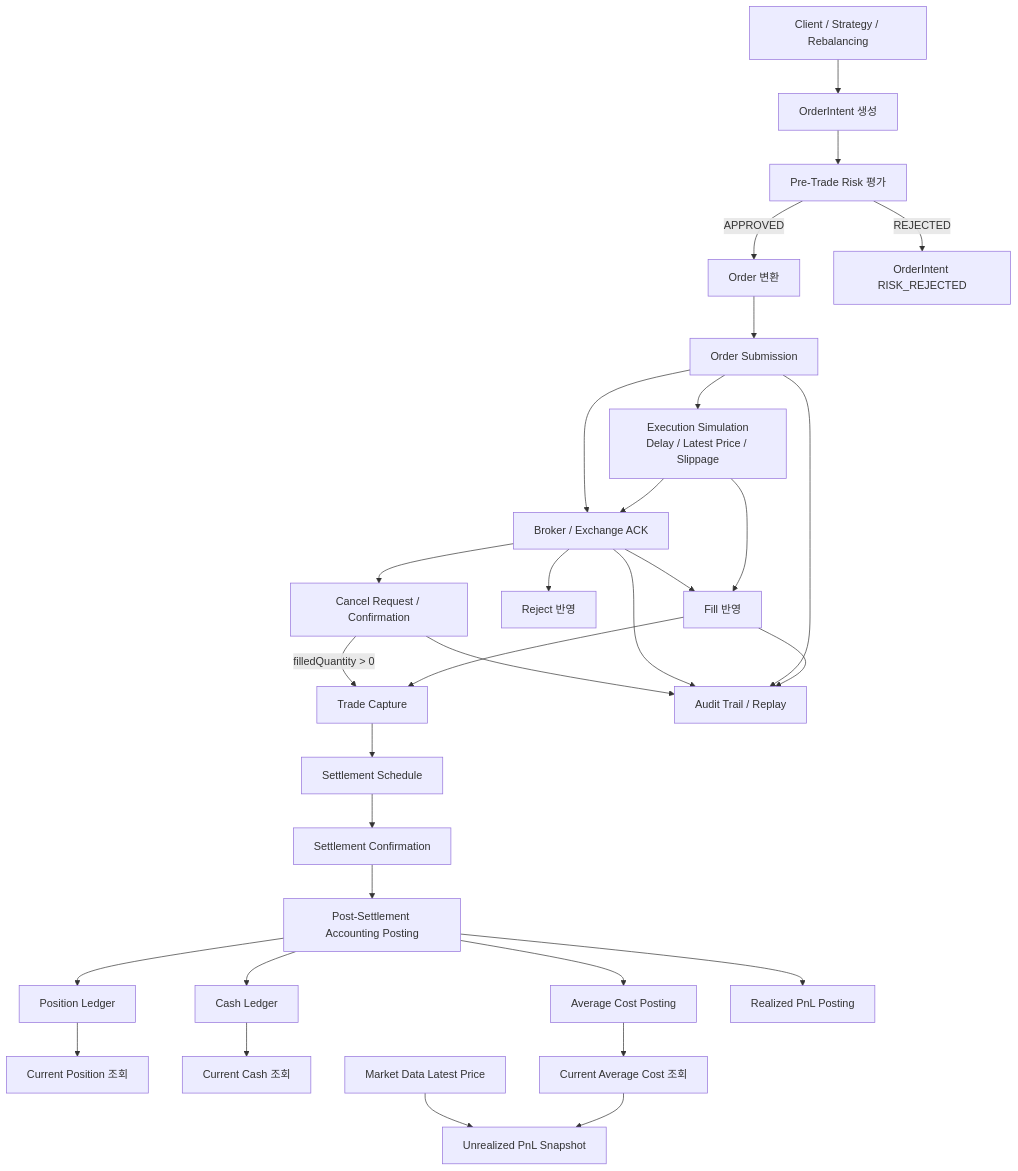
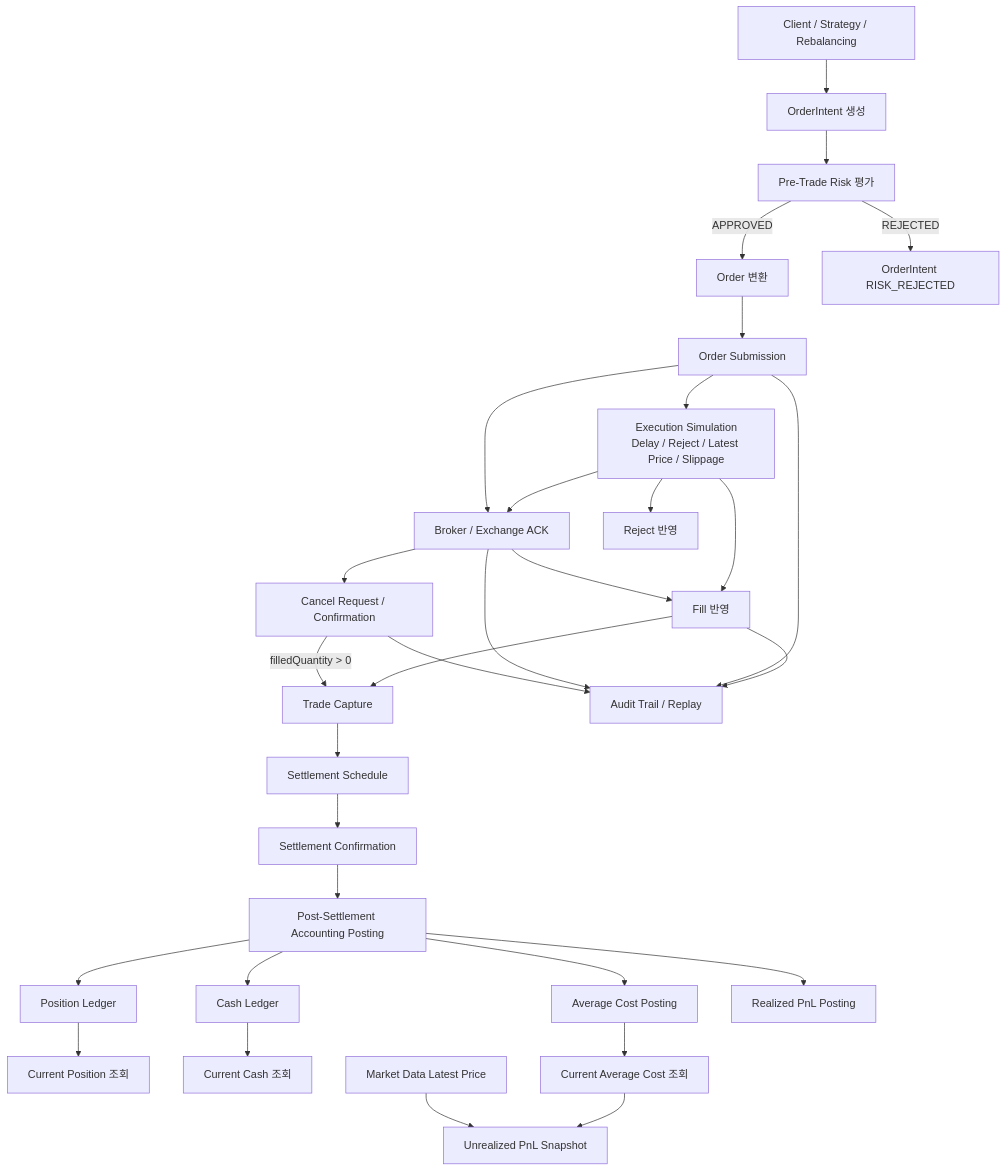
Before and after one commit to valor-lee/multi-asset-oms-simulation-platform: the first of 3 diagrams in docs/order-lifecycle-flow.md, drawn with Mermaid. The commit also changed other lines of this file and 14 other files, not shown here.

````diff
--- a/docs/order-lifecycle-flow.md
+++ b/docs/order-lifecycle-flow.md
@@ -11,40 +11,40 @@
 ```mermaid
 flowchart TD
     A[Client / Strategy / Rebalancing] --> B[OrderIntent 생성]
     B --> C[Pre-Trade Risk 평가]
     C -->|APPROVED| D[Order 변환]
     C -->|REJECTED| C1[OrderIntent RISK_REJECTED]
 
     D --> E[Order Submission]
-    E --> X[Execution Simulation<br/>Delay / Latest Price / Slippage]
+    E --> X[Execution Simulation<br/>Delay / Reject / Latest Price / Slippage]
     X --> F[Broker / Exchange ACK]
+    X --> H[Reject 반영]
     X --> G[Fill 반영]
     E --> F
     F --> G
-    F --> H[Reject 반영]
     F --> I[Cancel Request / Confirmation]
 
     G --> J[Trade Capture]
     I -->|filledQuantity > 0| J
 
     J --> K[Settlement Schedule]
     K --> L[Settlement Confirmation]
     L --> M[Post-Settlement Accounting Posting]
 
     M --> N[Position Ledger]
     M --> O[Cash Ledger]
     M --> P[Average Cost Posting]
     M --> T[Realized PnL Posting]
 
     N --> Q[Current Position 조회]
     O --> R[Current Cash 조회]
     P --> S[Current Average Cost 조회]
 
     S --> U[Unrealized PnL Snapshot]
     V[Market Data Latest Price] --> U
 
     G --> W[Audit Trail / Replay]
     E --> W
     F --> W
     I --> W
 ```
````
